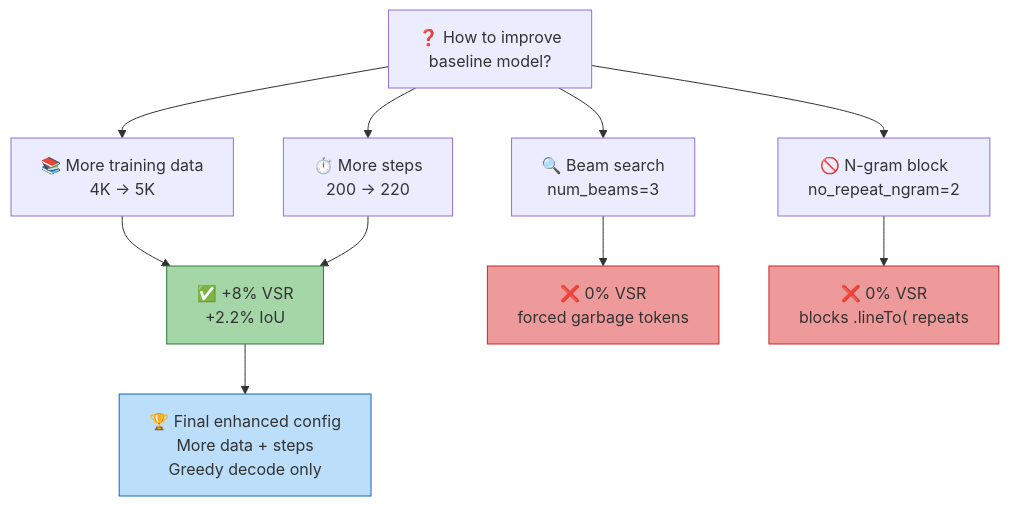
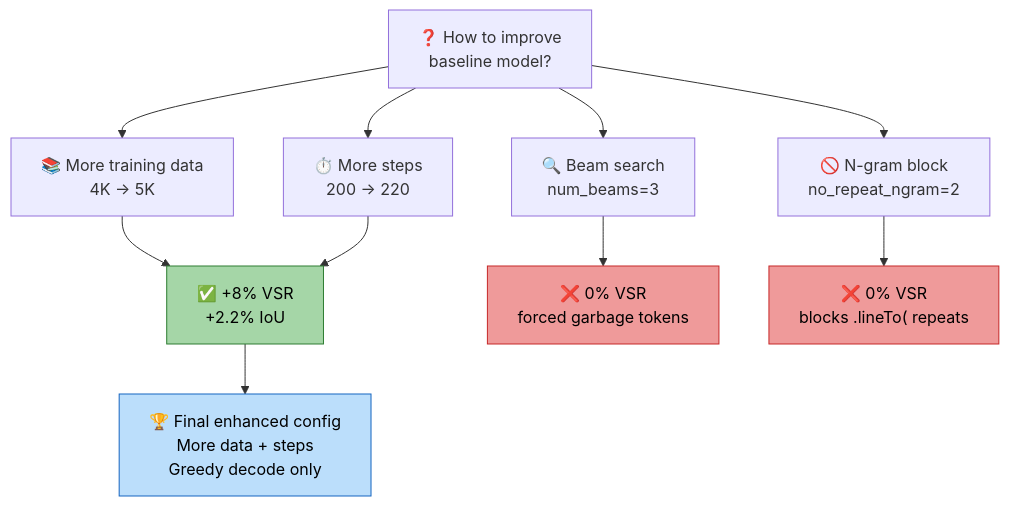
Before and after one commit to Ahmad-Abudllah-Ahmad/macagents_mock_test_1: the ninth of 10 diagrams in README.md, drawn with Mermaid. The commit also changed other lines of this file, not shown here.

Commit message:
Use black text in README Mermaid diagram nodes for readability.

````diff
--- a/README.md
+++ b/README.md
@@ -326,19 +326,19 @@
 ```mermaid
 flowchart TD
     Q["❓ How to improve<br/>baseline model?"] --> D1["📚 More training data<br/>4K → 5K"]
     Q --> D2["⏱️ More steps<br/>200 → 220"]
     Q --> D3["🔍 Beam search<br/>num_beams=3"]
     Q --> D4["🚫 N-gram block<br/>no_repeat_ngram=2"]
 
     D1 --> OK1["✅ +8% VSR<br/>+2.2% IoU"]
     D2 --> OK1
     D3 --> BAD1["❌ 0% VSR<br/>forced garbage tokens"]
     D4 --> BAD2["❌ 0% VSR<br/>blocks .lineTo( repeats"]
 
     OK1 --> FINAL["🏆 Final enhanced config<br/>More data + steps<br/>Greedy decode only"]
 
-    style OK1 fill:#a5d6a7,stroke:#2e7d32
-    style BAD1 fill:#ef9a9a,stroke:#c62828
-    style BAD2 fill:#ef9a9a,stroke:#c62828
-    style FINAL fill:#bbdefb,stroke:#1565c0
+    style OK1 fill:#a5d6a7,stroke:#2e7d32,color:#000
+    style BAD1 fill:#ef9a9a,stroke:#c62828,color:#000
+    style BAD2 fill:#ef9a9a,stroke:#c62828,color:#000
+    style FINAL fill:#bbdefb,stroke:#1565c0,color:#000
 ```
````
